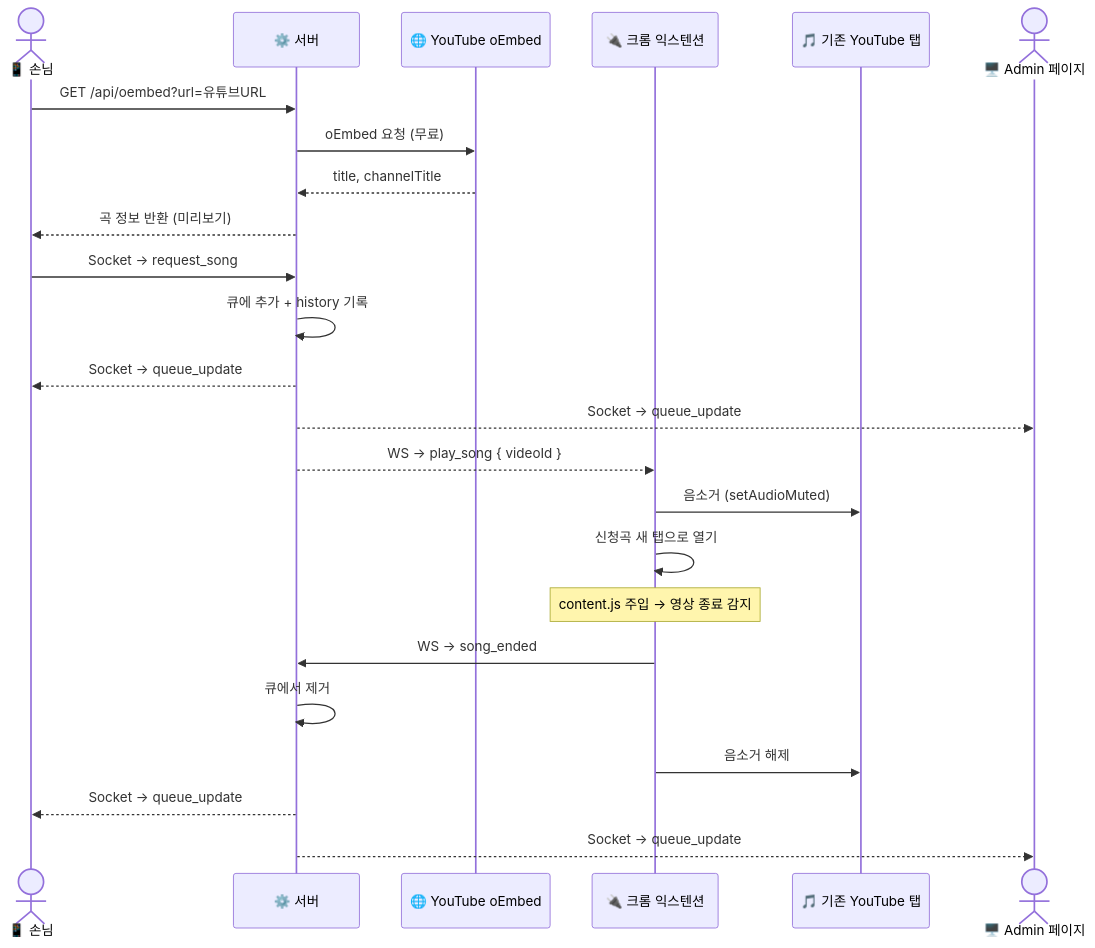
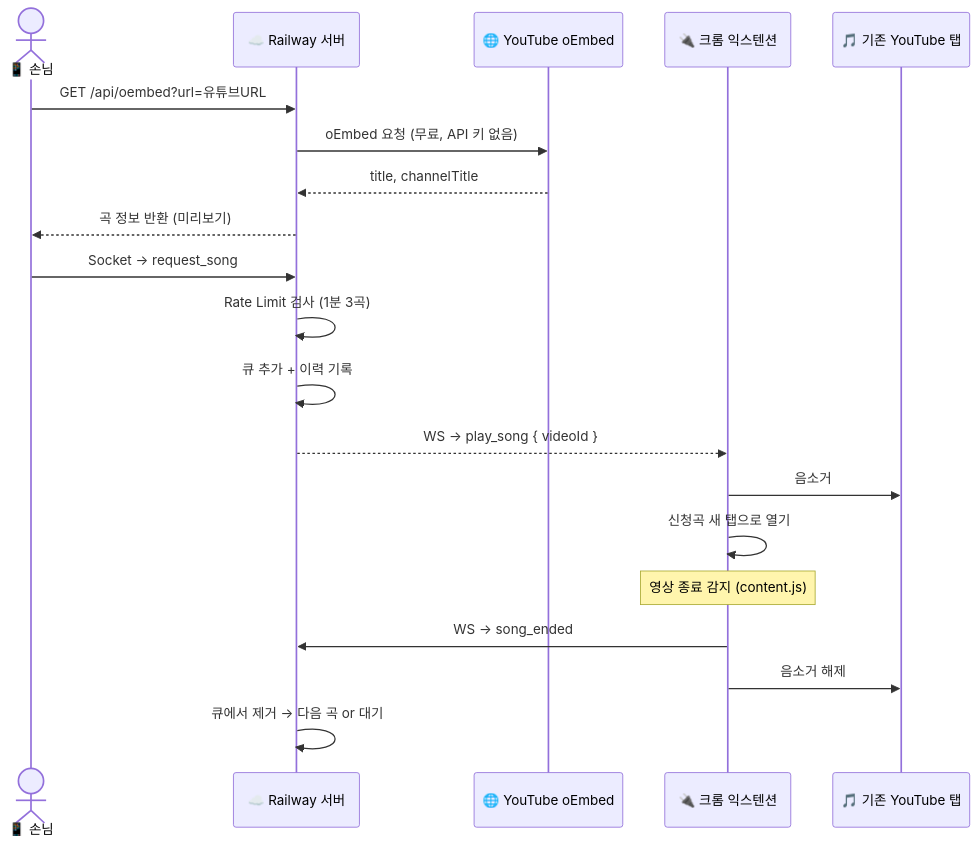
One commit to sngmng6506/caffeine-Flow changed the second of 3 diagrams in README.md. Above: the diagram before and after it, drawn with Mermaid. The commit also changed other lines of this file and 8 other files, not shown here.

Commit message:
feat: Railway deployment, rate limiting, README update

````diff
--- a/README.md
+++ b/README.md
@@ -88,30 +75,26 @@
 ```mermaid
 sequenceDiagram
     actor 손님 as 📱 손님
-    participant 서버 as ⚙️ 서버
+    participant 서버 as ☁️ Railway 서버
     participant YT_OE as 🌐 YouTube oEmbed
     participant 익스텐션 as 🔌 크롬 익스텐션
     participant YT_기존 as 🎵 기존 YouTube 탭
-    actor 관리자 as 🖥️ Admin 페이지
 
     손님->>서버: GET /api/oembed?url=유튜브URL
-    서버->>YT_OE: oEmbed 요청 (무료)
+    서버->>YT_OE: oEmbed 요청 (무료, API 키 없음)
     YT_OE-->>서버: title, channelTitle
     서버-->>손님: 곡 정보 반환 (미리보기)
 
     손님->>서버: Socket → request_song
-    서버->>서버: 큐에 추가 + history 기록
-    서버-->>손님: Socket → queue_update
-    서버-->>관리자: Socket → queue_update
+    서버->>서버: Rate Limit 검사 (1분 3곡)
+    서버->>서버: 큐 추가 + 이력 기록
     서버-->>익스텐션: WS → play_song { videoId }
 
-    익스텐션->>YT_기존: 음소거 (setAudioMuted)
+    익스텐션->>YT_기존: 음소거
     익스텐션->>익스텐션: 신청곡 새 탭으로 열기
-    Note over 익스텐션: content.js 주입 → 영상 종료 감지
+    Note over 익스텐션: 영상 종료 감지 (content.js)
 
     익스텐션->>서버: WS → song_ended
-    서버->>서버: 큐에서 제거
     익스텐션->>YT_기존: 음소거 해제
-    서버-->>손님: Socket → queue_update
-    서버-->>관리자: Socket → queue_update
+    서버->>서버: 큐에서 제거 → 다음 곡 or 대기
 ```
````
